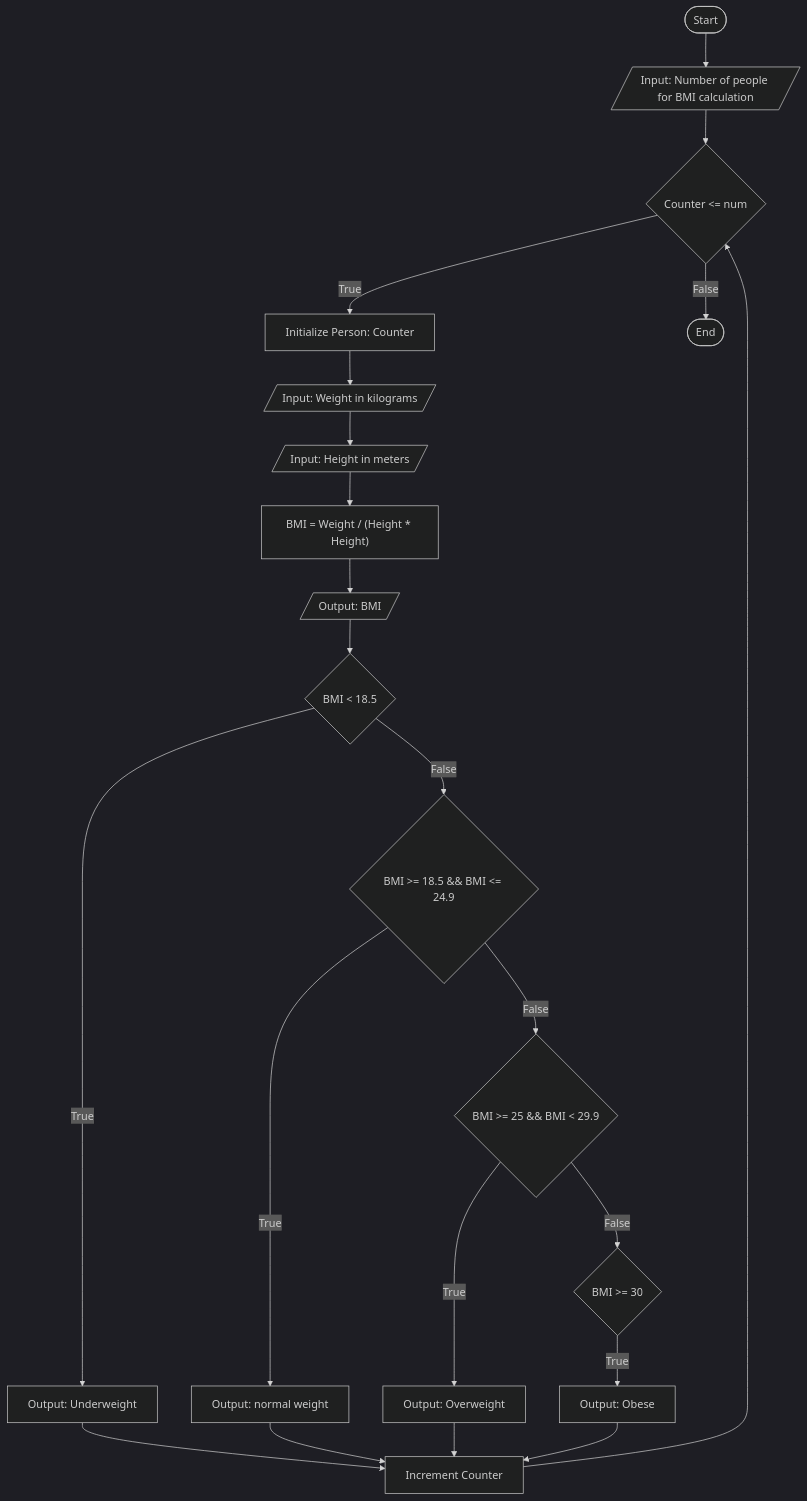
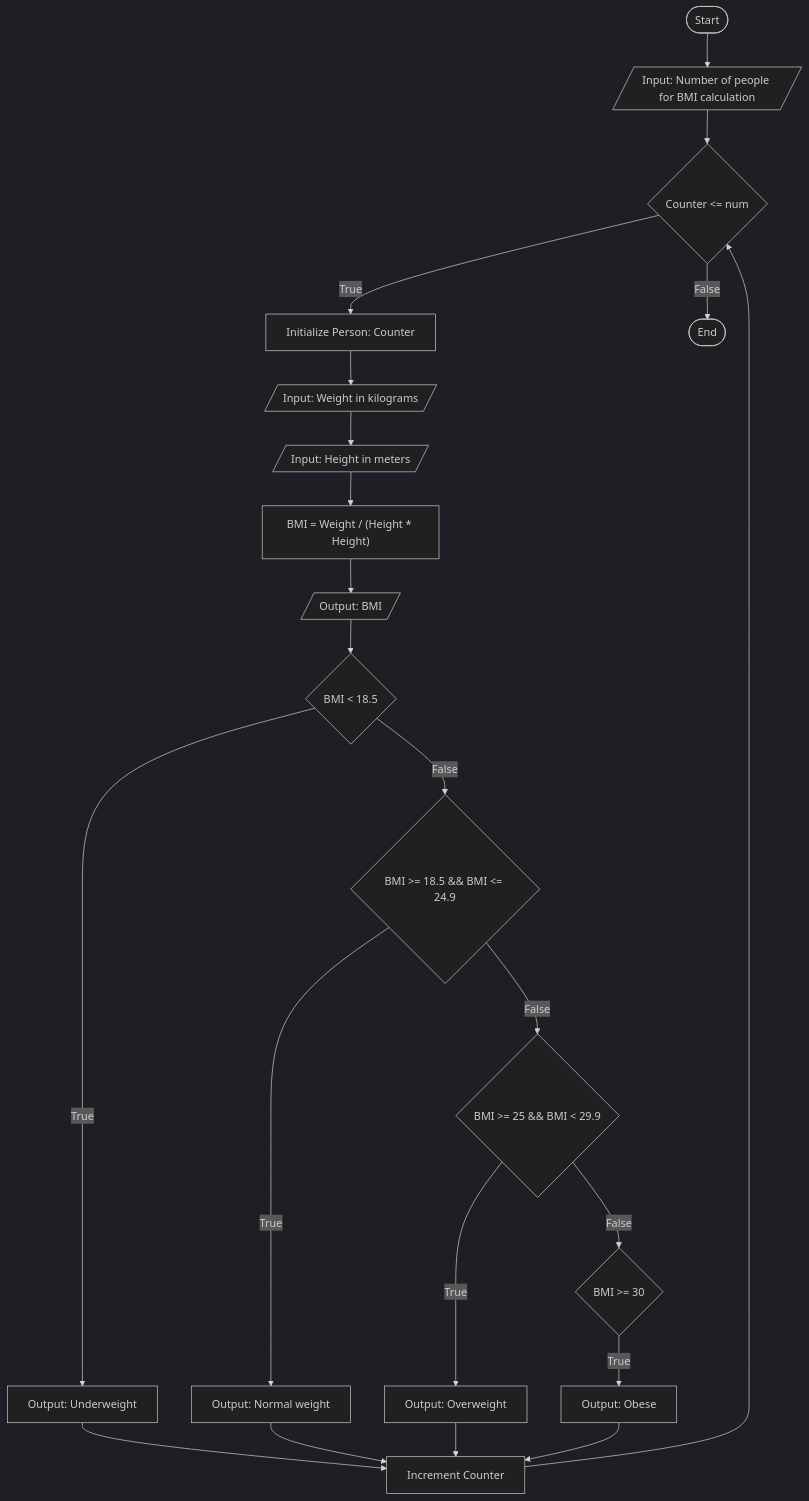
The diagram in ETS1574-Yeabsira-Yohannes/BMI_calculator.md (yeabuti17/Tech-Titans_Sec-D), drawn with Mermaid (dark theme) before and after one commit. The commit also changed other lines of this file, not shown here.

Commit message:
BMI_calculator.md

````diff
--- a/ETS1574-Yeabsira-Yohannes/BMI_calculator.md
+++ b/ETS1574-Yeabsira-Yohannes/BMI_calculator.md
@@ -38,26 +38,26 @@
 ```mermaid
 flowchart TD
     id1([Start]) --> id2[/Input: Number of people for BMI calculation/]
     id2 --> id3{Counter <= num}
     id3 --True--> id4["Initialize Person: Counter"]
     id4 --> id5[/Input: Weight in kilograms/]
     id5 --> id6[/Input: Height in meters/]
     id6 --> id7["BMI = Weight / (Height * Height)"]
     id7 --> id8[/Output: BMI/]
     id8 --> id9{BMI < 18.5}
     id9 --True--> id10["Output: Underweight"]
     id9 --False--> id11{BMI >= 18.5 && BMI <= 24.9}
-    id11 --True--> id12["Output: normal weight"]
+    id11 --True--> id12["Output: Normal weight"]
     id11 --False--> id13{BMI >= 25 && BMI < 29.9}
     id13 --True--> id14["Output: Overweight"]
     id13 --False--> id15{BMI >= 30}
     id15 --True--> id16["Output: Obese"]
     id10 --> id17["Increment Counter"]
     id12 --> id17
     id14 --> id17
     id16 --> id17
     id17 --> id3
     id3 --False--> id18([End])
 
 
 ```
````
